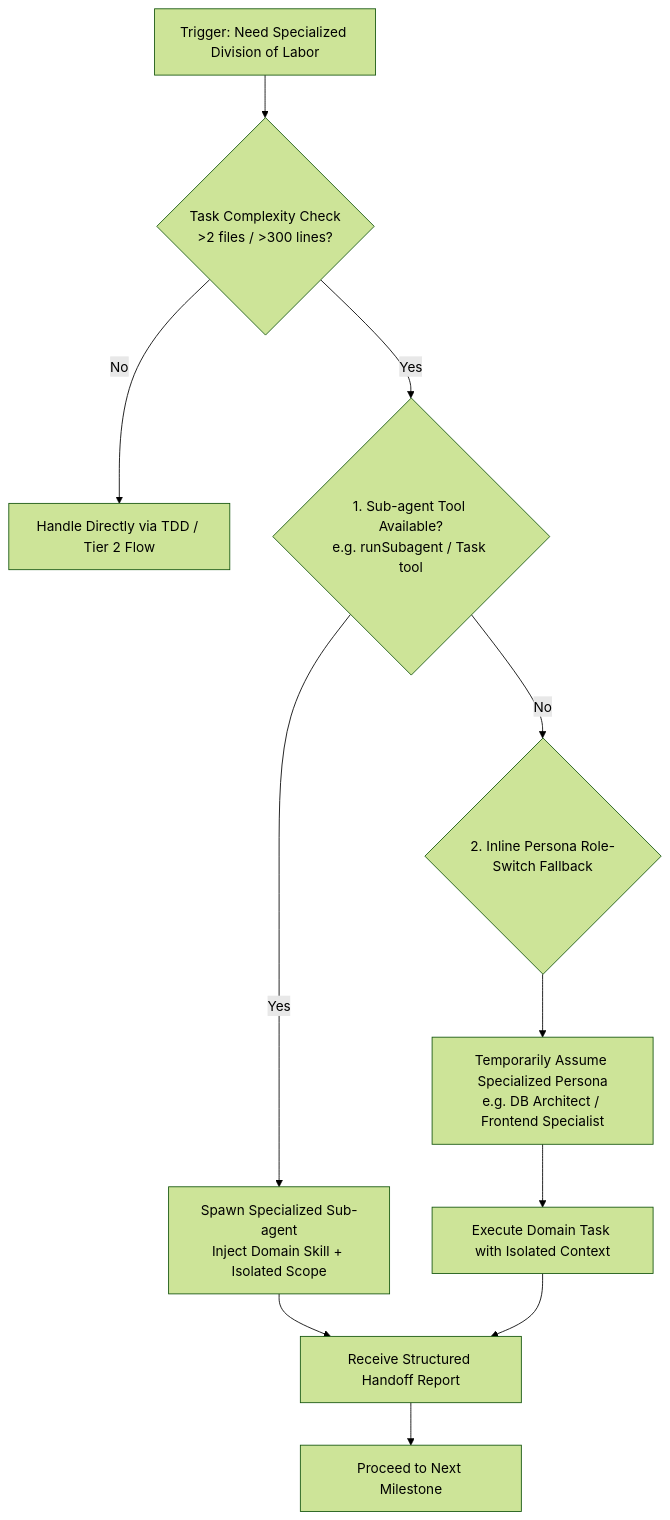
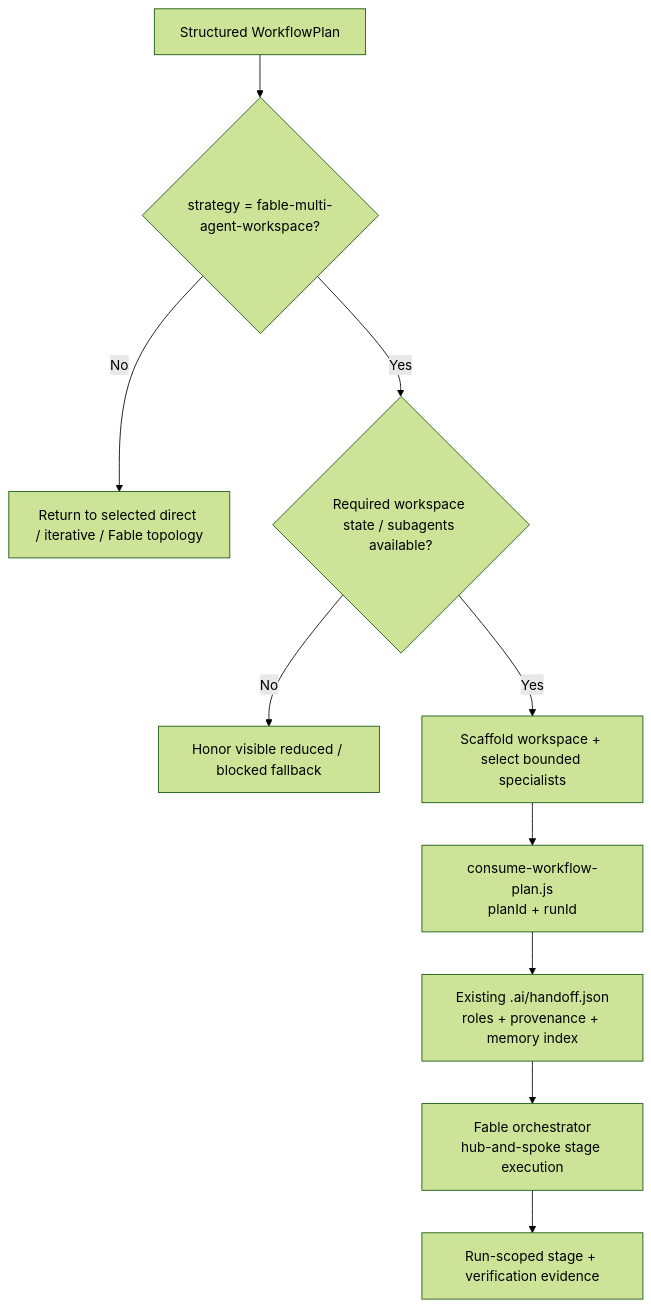
One commit to dyphn1/Harness-everything changed the diagram in multi-agent-workspace/references/orchestration.md. Above: the diagram before and after it, drawn with Mermaid (forest theme). The commit also changed other lines of this file, not shown here.

Commit message:
docs(workspace): align orchestration with router topology contract

````diff
--- a/multi-agent-workspace/references/orchestration.md
+++ b/multi-agent-workspace/references/orchestration.md
@@ -7,17 +11,12 @@
 ```mermaid
 flowchart TD
-    Start[Trigger: Need Specialized Division of Labor] --> ScopeCheck{Task Complexity Check<br>>2 files / >300 lines?}
-    
-    ScopeCheck -- No --> DirectTDD[Handle Directly via TDD / Tier 2 Flow]
-    ScopeCheck -- Yes --> CheckTool{1. Sub-agent Tool Available?<br>e.g. runSubagent / Task tool}
-    
-    CheckTool -- Yes --> SpawnSub[Spawn Specialized Sub-agent<br>Inject Domain Skill + Isolated Scope]
-    CheckTool -- No --> InlineSwitch{2. Inline Persona Role-Switch Fallback}
-    
-    InlineSwitch --> AssumePersona[Temporarily Assume Specialized Persona<br>e.g. DB Architect / Frontend Specialist]
-    AssumePersona --> ExecuteInline[Execute Domain Task with Isolated Context]
-    
-    SpawnSub --> Handoff[Receive Structured Handoff Report]
-    ExecuteInline --> Handoff
-    Handoff --> NextTask[Proceed to Next Milestone]
+    Start[Structured WorkflowPlan] --> Strategy{strategy = fable-multi-agent-workspace?}
+    Strategy -- No --> Return[Return to selected direct / iterative / Fable topology]
+    Strategy -- Yes --> Capability{Required workspace state / subagents available?}
+    Capability -- No --> Block[Honor visible reduced / blocked fallback]
+    Capability -- Yes --> Scaffold[Scaffold workspace + select bounded specialists]
+    Scaffold --> Correlate[consume-workflow-plan.js\nplanId + runId]
+    Correlate --> Handoff[Existing .ai/handoff.json\nroles + provenance + memory index]
+    Handoff --> Fable[Fable orchestrator\nhub-and-spoke stage execution]
+    Fable --> Verify[Run-scoped stage + verification evidence]
 ```
````
